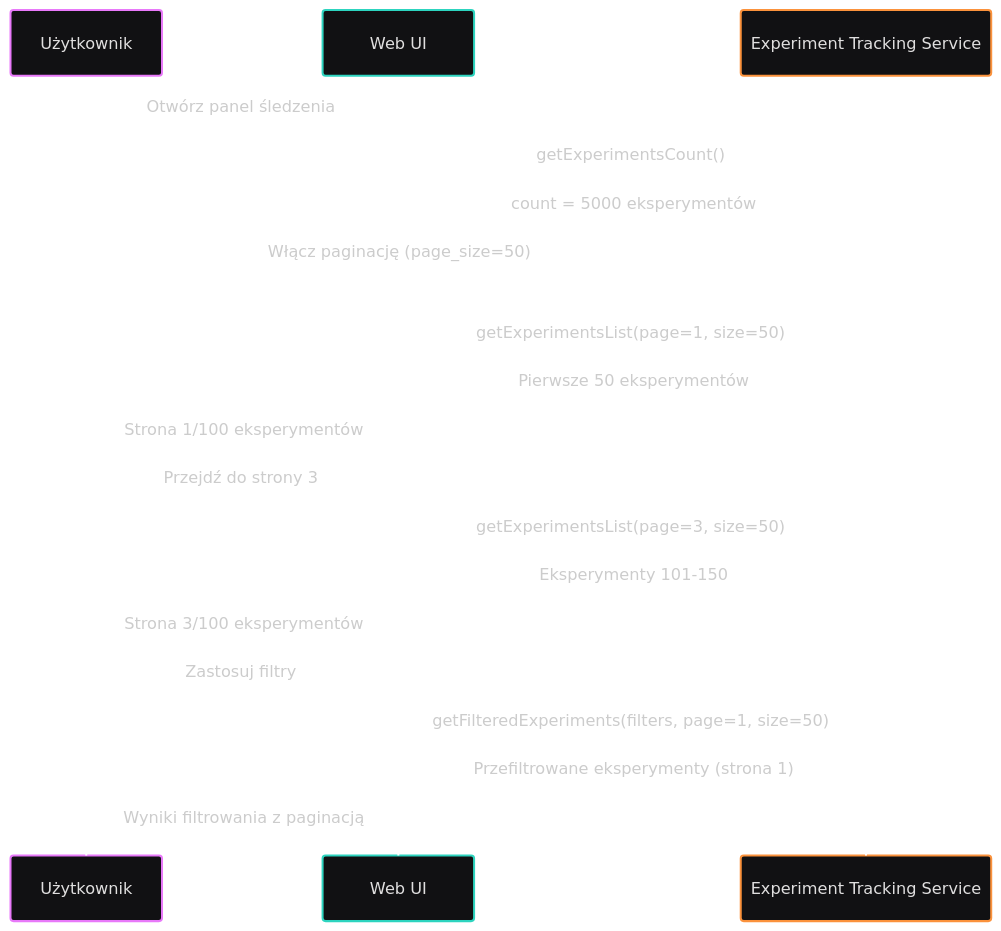
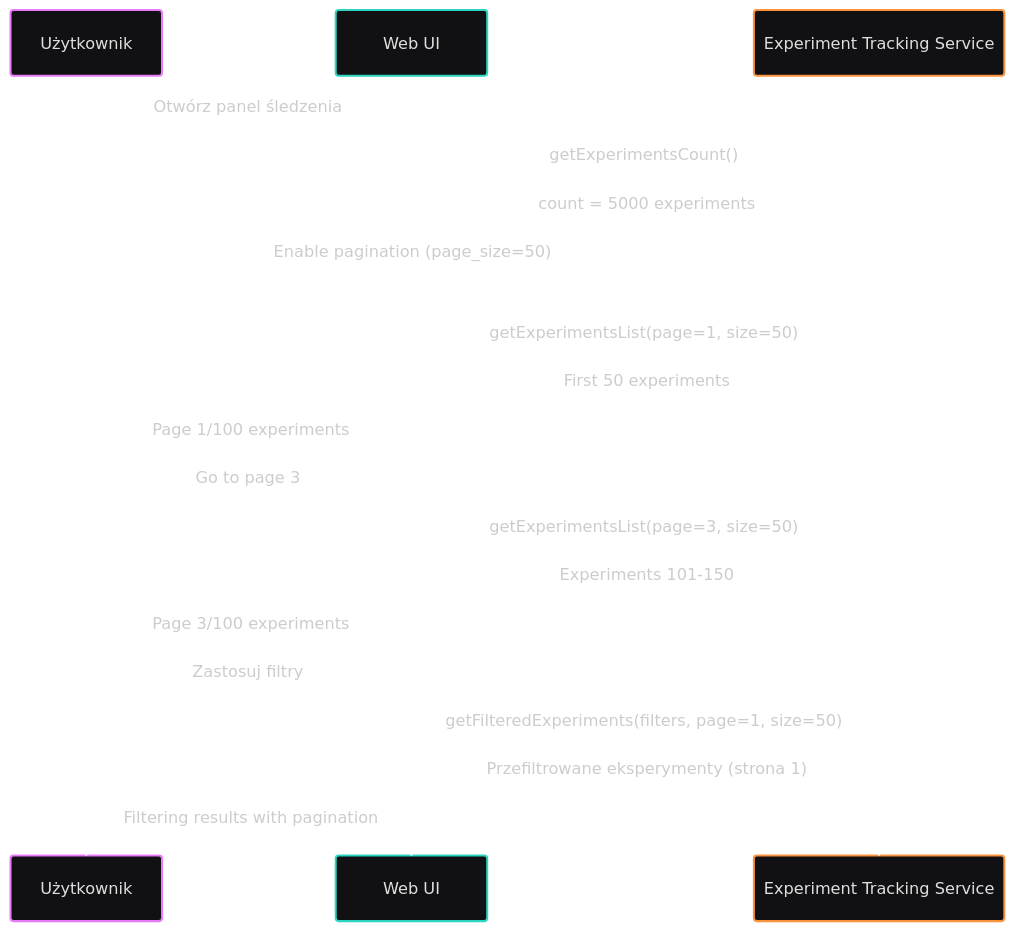
Diagram 14 of 33 in docs/requirements/use-cases.md (jedrzejpolaczek/aviarium.corvidae.corvus_corone), drawn with Mermaid before and after one commit. The commit also changed other lines of this file and 21 other files, not shown here.

````diff
--- a/docs/requirements/use-cases.md
+++ b/docs/requirements/use-cases.md
@@ -651,25 +651,25 @@
 ```mermaid
 ---
 config:
   theme: redux-dark-color
 ---
 sequenceDiagram
     participant User as Użytkownik
     participant UI as Web UI
     participant ETS as Experiment Tracking Service
     User->>UI: Otwórz panel śledzenia
     UI->>ETS: getExperimentsCount()
-    ETS-->>UI: count = 5000 eksperymentów
-    UI->>UI: Włącz paginację (page_size=50)
+    ETS-->>UI: count = 5000 experiments
+    UI->>UI: Enable pagination (page_size=50)
     UI->>ETS: getExperimentsList(page=1, size=50)
-    ETS-->>UI: Pierwsze 50 eksperymentów
-    UI-->>User: Strona 1/100 eksperymentów
-    User->>UI: Przejdź do strony 3
+    ETS-->>UI: First 50 experiments
+    UI-->>User: Page 1/100 experiments
+    User->>UI: Go to page 3
     UI->>ETS: getExperimentsList(page=3, size=50)
-    ETS-->>UI: Eksperymenty 101-150
-    UI-->>User: Strona 3/100 eksperymentów
+    ETS-->>UI: Experiments 101-150
+    UI-->>User: Page 3/100 experiments
     User->>UI: Zastosuj filtry
     UI->>ETS: getFilteredExperiments(filters, page=1, size=50)
     ETS-->>UI: Przefiltrowane eksperymenty (strona 1)
-    UI-->>User: Wyniki filtrowania z paginacją
+    UI-->>User: Filtering results with pagination
 ```
````
